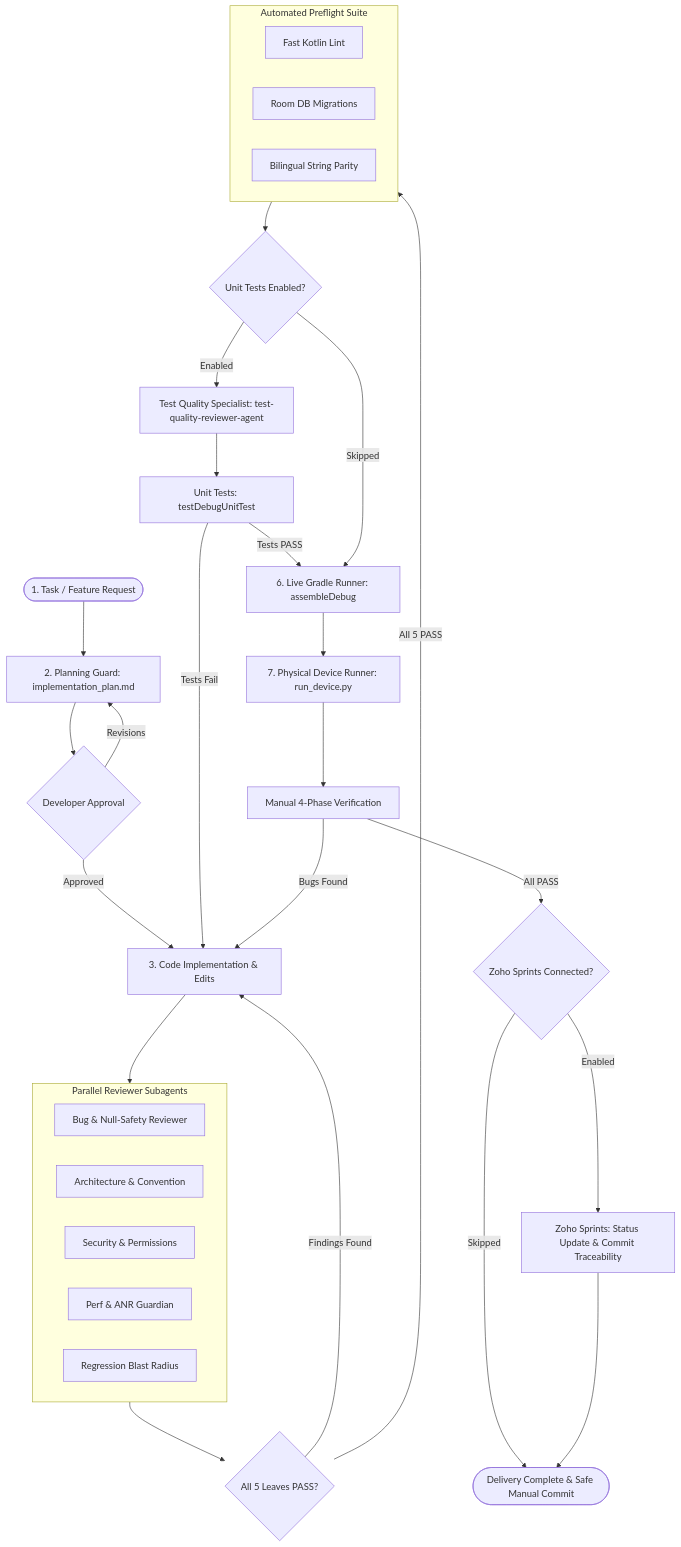
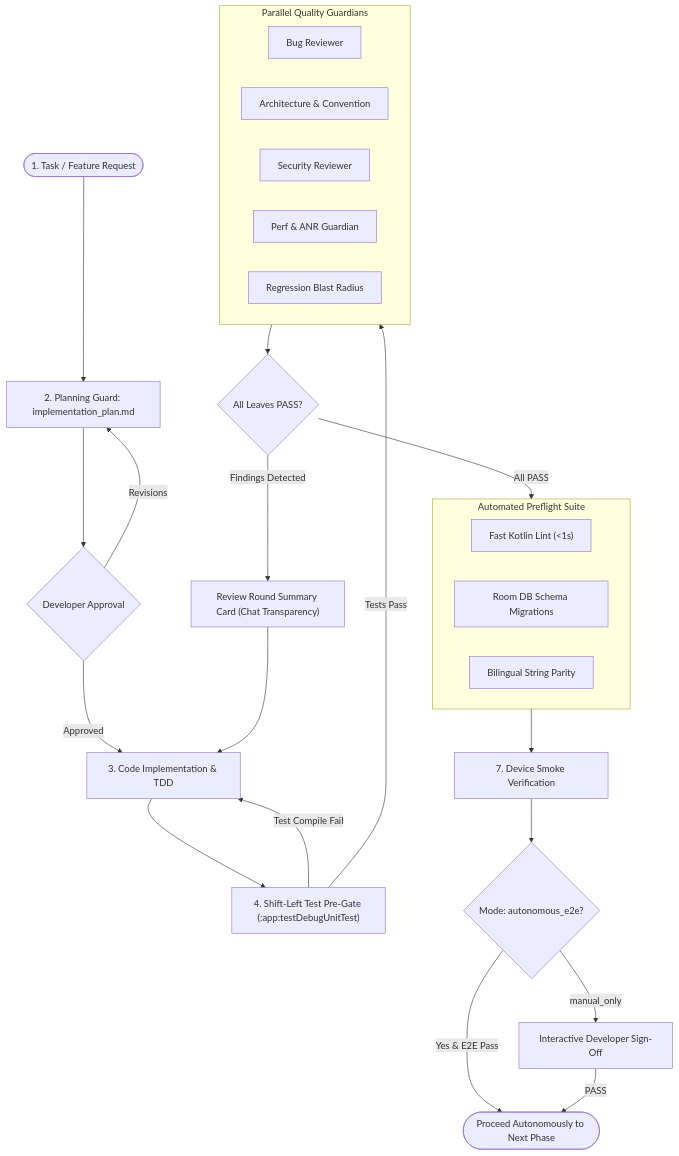
The second of 2 diagrams in docs/architecture.md (rabee-elkholy/android-agent-harness), drawn with Mermaid before and after one commit. The commit also changed other lines of this file and 12 other files, not shown here.

First line of the commit message:
docs: overhaul README and architecture with official slogan, 6-leaf gate, and workflows guide

````diff
--- a/docs/architecture.md
+++ b/docs/architecture.md
@@ -61,41 +62,36 @@
 ```mermaid
 flowchart TD
     Start(["1. Task / Feature Request"]) --> Plan["2. Planning Guard: implementation_plan.md"]
     Plan --> Approval{"Developer Approval"}
     Approval -- Revisions --> Plan
-    Approval -- Approved --> Code["3. Code Implementation & Edits"]
+    Approval -- Approved --> Code["3. Code Implementation & TDD"]
 
-    Code --> ReviewGate["4. Five-Leaf Parallel Review Gate"]
-    subgraph ReviewGate ["Parallel Reviewer Subagents"]
-        R1["Bug & Null-Safety Reviewer"]
+    Code --> PreTest["4. Shift-Left Test Pre-Gate (:app:testDebugUnitTest)"]
+    PreTest -- Test Compile Fail --> Code
+    PreTest -- Tests Pass --> ReviewGate["5. Parallel Review Gate (Single Invoke)"]
+    
+    subgraph ReviewGate ["Parallel Quality Guardians"]
+        R1["Bug Reviewer"]
         R2["Architecture & Convention"]
-        R3["Security & Permissions"]
+        R3["Security Reviewer"]
         R4["Perf & ANR Guardian"]
         R5["Regression Blast Radius"]
     end
 
-    ReviewGate --> Verdict{"All 5 Leaves PASS?"}
-    Verdict -- Findings Found --> Code
-    Verdict -- All 5 PASS --> Preflight["5. Preflight Sanity Verification"]
+    ReviewGate --> Verdict{"All Leaves PASS?"}
+    Verdict -- Findings Detected --> Card["Review Round Summary Card (Chat Transparency)"]
+    Card --> Code
+    Verdict -- All PASS --> Preflight["6. Preflight Gate & :app:assembleDebug"]
 
     subgraph Preflight ["Automated Preflight Suite"]
-        P1["Fast Kotlin Lint"]
-        P2["Room DB Migrations"]
+        P1["Fast Kotlin Lint (<1s)"]
+        P2["Room DB Schema Migrations"]
         P3["Bilingual String Parity"]
     end
 
-    Preflight --> TestCheck{"Unit Tests Enabled?"}
-    TestCheck -- Enabled --> TestQualityReview["Test Quality Specialist: test-quality-reviewer-agent"]
-    TestQualityReview --> UnitTests["Unit Tests: testDebugUnitTest"]
-    UnitTests -- Tests Fail --> Code
-    UnitTests -- Tests PASS --> Gradle["6. Live Gradle Runner: assembleDebug"]
-    TestCheck -- Skipped --> Gradle
-
-    Gradle --> Device["7. Physical Device Runner: run_device.py"]
-    Device --> ManualSignoff["Manual 4-Phase Verification"]
-    ManualSignoff -- Bugs Found --> Code
-    ManualSignoff -- All PASS --> ZohoCheck{"Zoho Sprints Connected?"}
-    ZohoCheck -- Enabled --> Zoho["Zoho Sprints: Status Update & Commit Traceability"]
-    ZohoCheck -- Skipped --> Finish(["Delivery Complete & Safe Manual Commit"])
-    Zoho --> Finish
+    Preflight --> Device["7. Device Smoke Verification"]
+    Device --> E2E{"Mode: autonomous_e2e?"}
+    E2E -- Yes & E2E Pass --> NextPhase(["Proceed Autonomously to Next Phase"])
+    E2E -- manual_only --> ManualModal["Interactive Developer Sign-Off"]
+    ManualModal -- PASS --> NextPhase
 ```
````
